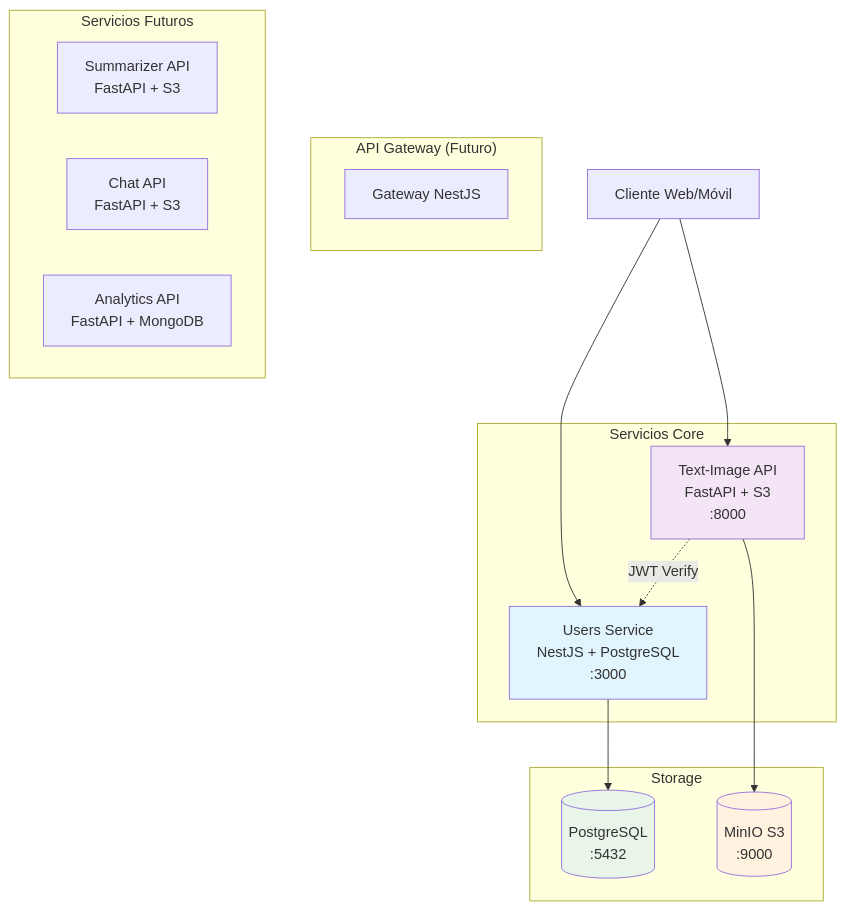
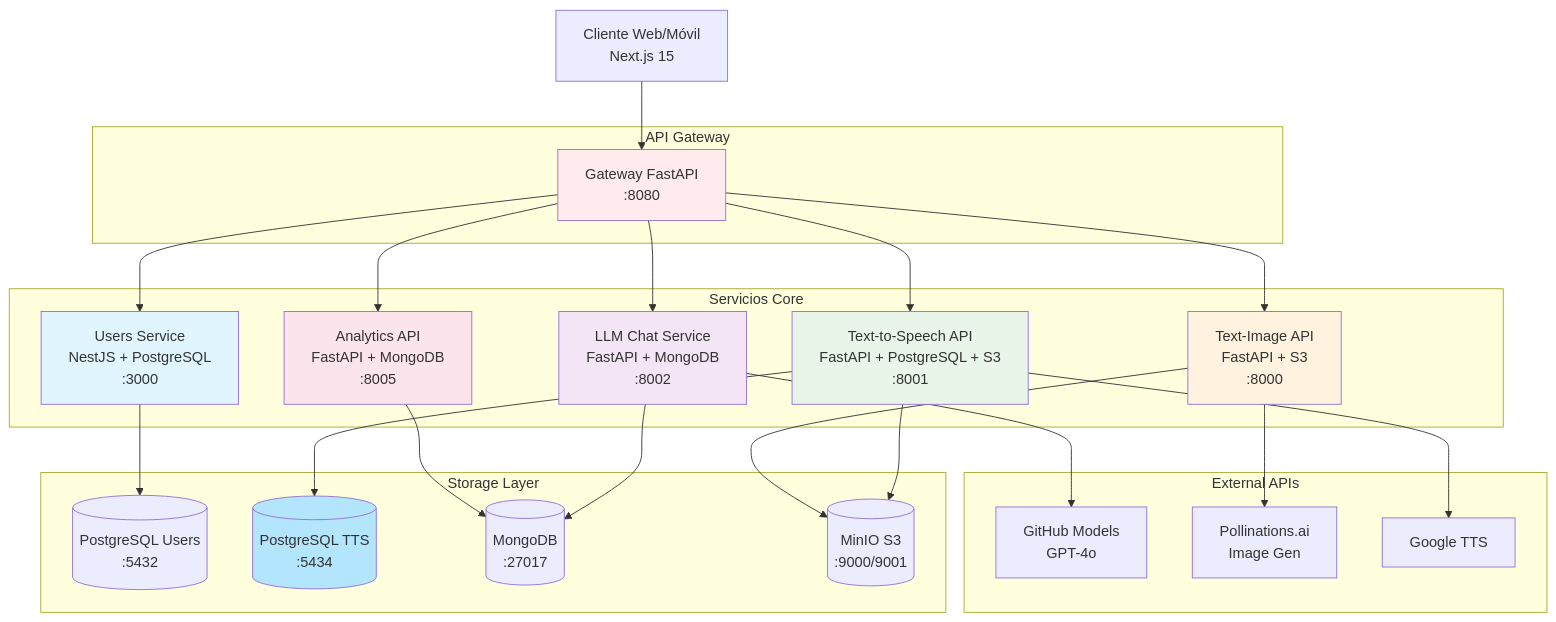
The first of 2 diagrams in TECH_DOCS.md (marcosotomac/proyecto-cloud), drawn with Mermaid before and after one commit. The commit also changed other lines of this file and 17 other files, not shown here.

````diff
--- a/TECH_DOCS.md
+++ b/TECH_DOCS.md
@@ -7,36 +7,56 @@
 ```mermaid
 graph TB
-    Client[Cliente Web/Móvil]
+    Client[Cliente Web/Móvil<br/>Next.js 15]
 
-    subgraph "API Gateway (Futuro)"
-        GW[Gateway NestJS]
+    subgraph "API Gateway"
+        GW[Gateway FastAPI<br/>:8080]
     end
 
     subgraph "Servicios Core"
         Auth[Users Service<br/>NestJS + PostgreSQL<br/>:3000]
+        LLM[LLM Chat Service<br/>FastAPI + MongoDB<br/>:8002]
         Image[Text-Image API<br/>FastAPI + S3<br/>:8000]
+        Speech[Text-to-Speech API<br/>FastAPI + PostgreSQL + S3<br/>:8001]
+        Analytics[Analytics API<br/>FastAPI + MongoDB<br/>:8005]
     end
 
-    subgraph "Storage"
-        PG[(PostgreSQL<br/>:5432)]
-        S3[(MinIO S3<br/>:9000)]
+    subgraph "Storage Layer"
+        PG[(PostgreSQL Users<br/>:5432)]
+        PGTTS[(PostgreSQL TTS<br/>:5434)]
+        Mongo[(MongoDB<br/>:27017)]
+        S3[(MinIO S3<br/>:9000/9001)]
     end
 
-    subgraph "Servicios Futuros"
-        Summary[Summarizer API<br/>FastAPI + S3]
-        Chat[Chat API<br/>FastAPI + S3]
-        Analytics[Analytics API<br/>FastAPI + MongoDB]
+    subgraph "External APIs"
+        GitHub[GitHub Models<br/>GPT-4o]
+        Pollinations[Pollinations.ai<br/>Image Gen]
+        GTTS[Google TTS]
     end
 
-    Client --> Auth
-    Client --> Image
+    Client --> GW
+
+    GW --> Auth
+    GW --> LLM
+    GW --> Image
+    GW --> Speech
+    GW --> Analytics
 
     Auth --> PG
+    Speech --> PGTTS
+    Speech --> S3
+    LLM --> Mongo
+    Analytics --> Mongo
     Image --> S3
-    Image -.->|JWT Verify| Auth
+
+    LLM --> GitHub
+    Image --> Pollinations
+    Speech --> GTTS
 
     style Auth fill:#e1f5fe
-    style Image fill:#f3e5f5
-    style PG fill:#e8f5e8
-    style S3 fill:#fff3e0
+    style LLM fill:#f3e5f5
+    style Image fill:#fff3e0
+    style Speech fill:#e8f5e8
+    style Analytics fill:#fce4ec
+    style GW fill:#ffebee
+    style PGTTS fill:#b3e5fc
 ```
````
